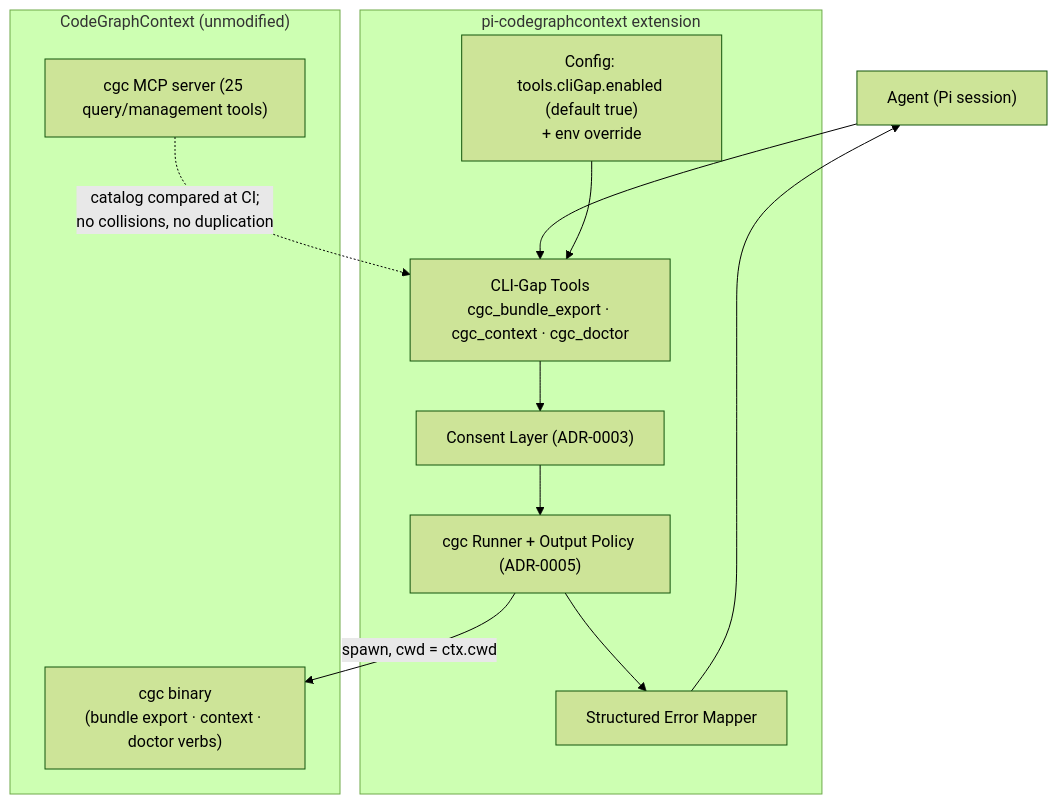
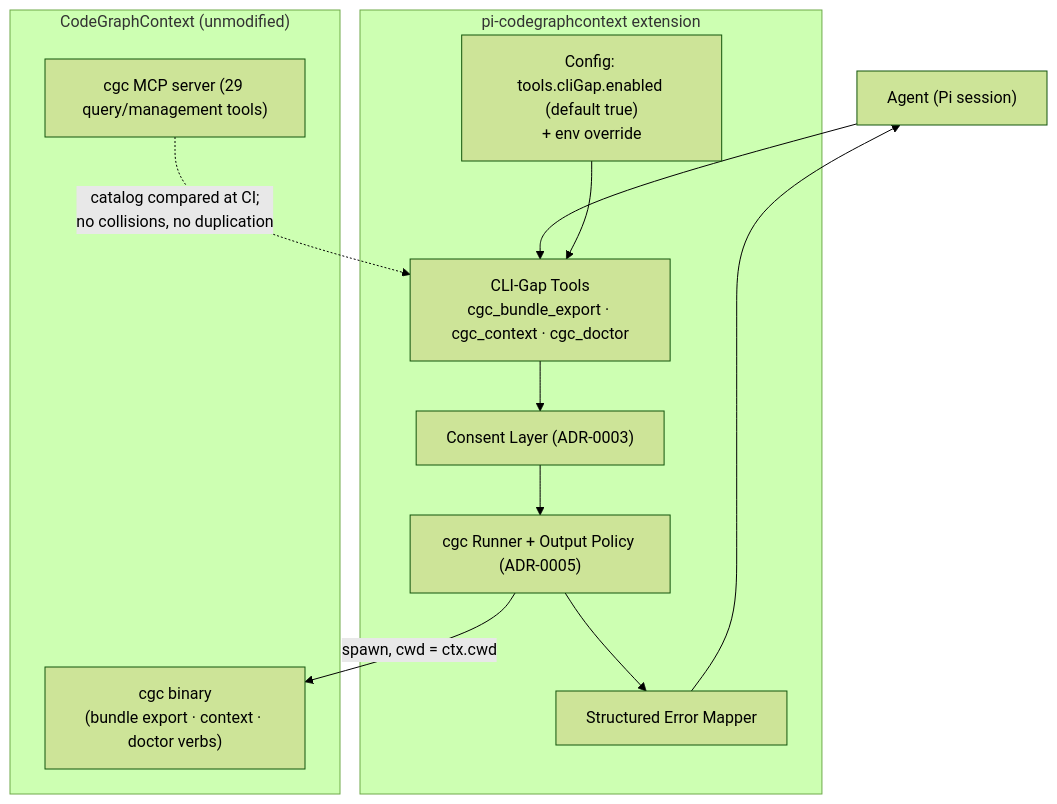
Before and after one commit to raphaelbahat/pi-codegraphcontext: the diagram in openspec/changes/add-cgc-cli-gap-tools/design.md, drawn with Mermaid (forest theme). The commit also changed other lines of this file and 35 other files, not shown here.

````diff
--- a/openspec/changes/add-cgc-cli-gap-tools/design.md
+++ b/openspec/changes/add-cgc-cli-gap-tools/design.md
@@ -77,25 +77,25 @@
 ```mermaid
 graph TB
     Agent["Agent (Pi session)"]
 
     subgraph Ext["pi-codegraphcontext extension"]
         Tools["CLI-Gap Tools<br/>cgc_bundle_export · cgc_context · cgc_doctor"]
         Consent["Consent Layer (ADR-0003)"]
         Errors["Structured Error Mapper"]
         Runner["cgc Runner + Output Policy (ADR-0005)"]
         Cfg["Config: tools.cliGap.enabled (default true)\n+ env override"]
     end
 
     subgraph CGC["CodeGraphContext (unmodified)"]
         CLI["cgc binary<br/>(bundle export · context · doctor verbs)"]
-        MCP["cgc MCP server (25 query/management tools)"]
+        MCP["cgc MCP server (29 query/management tools)"]
     end
 
     Agent --> Tools
     Cfg --> Tools
     Tools --> Consent
     Consent --> Runner
     Runner -->|"spawn, cwd = ctx.cwd"| CLI
     Runner --> Errors --> Agent
     MCP -.->|"catalog compared at CI;<br/>no collisions, no duplication"| Tools
 ```
````
